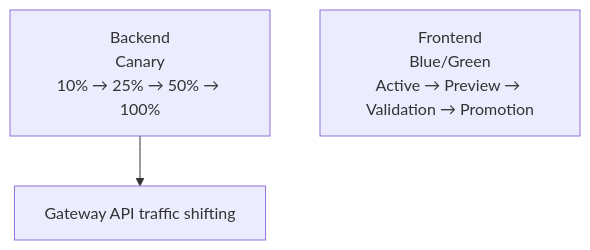
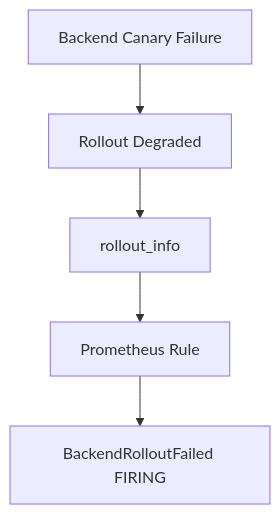
One commit to ahmed-sayed-devops/microservices-platform-gitops changed diagram 20 of 35 in docs/04-progressive-delivery/README.md. Above: the diagram before and after it, drawn with Mermaid. The commit also changed other lines of this file and 13 other files, not shown here.

Commit message:
docs: update progressive delivery and platform architecture

````diff
--- a/docs/04-progressive-delivery/README.md
+++ b/docs/04-progressive-delivery/README.md
@@ -840,5 +1127,8 @@
 ```mermaid
 graph TD
-    A["Backend<br/>Canary<br/>10% → 25% → 50% → 100%"] --> B["Gateway API traffic shifting"]
-    C["Frontend<br/>Blue/Green<br/>Active → Preview → Validation → Promotion"]
+
+    A["Backend Canary Failure"] --> B["Rollout Degraded"]
+    B --> C["rollout_info"]
+    C --> D["Prometheus Rule"]
+    D --> E["BackendRolloutFailed FIRING"]
 ```
````
